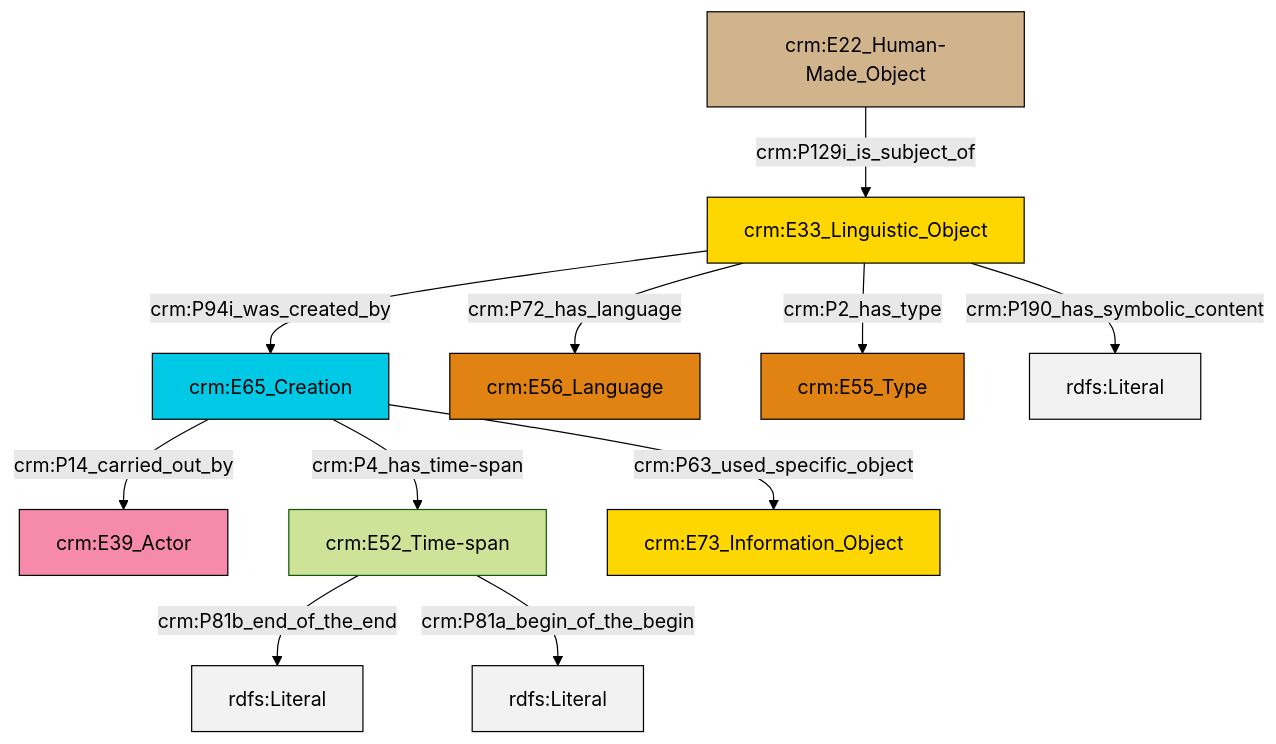
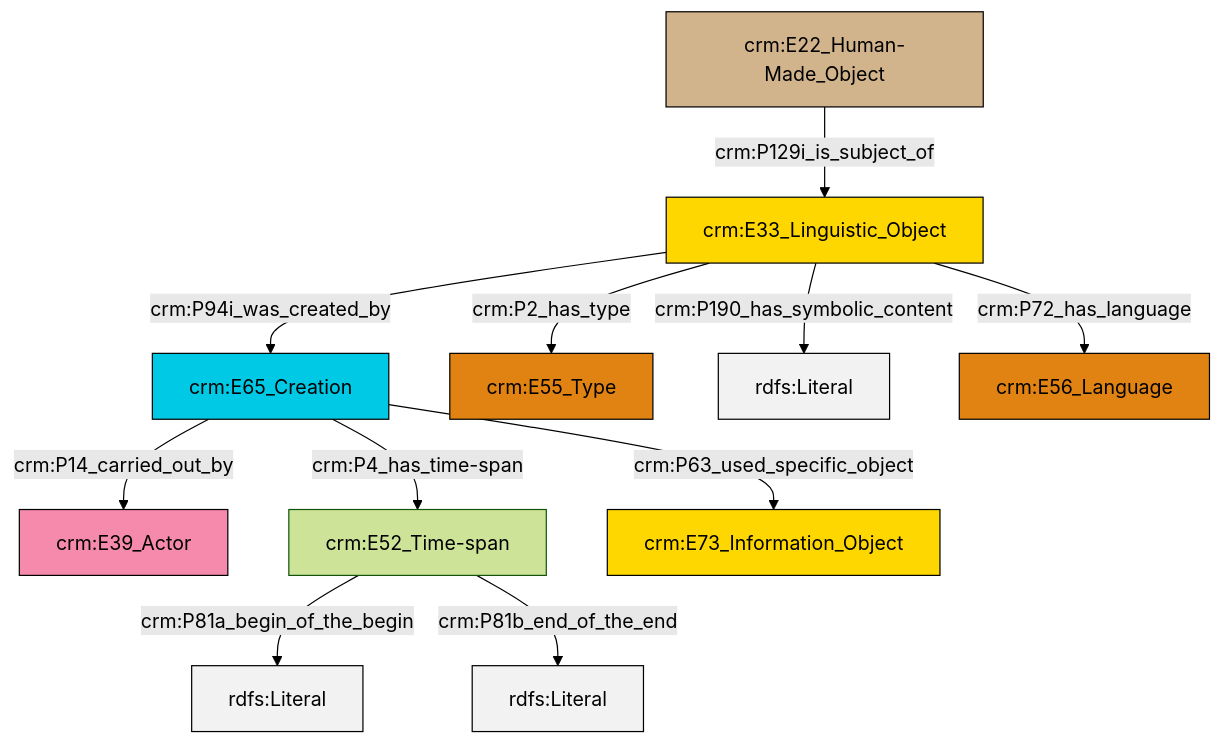
One commit to swiss-art-research-net/docs.swissartresearch changed the diagram in et/carrierCSV/ttl/mmd/carrier_description.ttl.mmd. Above: the diagram before and after it, drawn with Mermaid (forest theme). The commit also changed 172 other files, not shown here.

```diff
--- a/et/carrierCSV/ttl/mmd/carrier_description.ttl.mmd
+++ b/et/carrierCSV/ttl/mmd/carrier_description.ttl.mmd
@@ -1,25 +1,25 @@
 graph TD
 classDef Literal fill:#f2f2f2,stroke:#000000;
 classDef CRM_Entity fill:#FFFFFF,stroke:#000000;
 classDef Temporal_Entity fill:#00C9E6, stroke:#000000;
 classDef Type fill:#E18312, stroke:#000000;
 classDef Time-Span fill:#2C9C91, stroke:#000000;
 classDef Appellation fill:#FFEB7F, stroke:#000000;
 classDef Place fill:#008836, stroke:#000000;
 classDef Persistent_Item fill:#B266B2, stroke:#000000;
 classDef Conceptual_Object fill:#FFD700, stroke:#000000;
 classDef Physical_Thing fill:#D2B48C, stroke:#000000;
 classDef Actor fill:#f58aad, stroke:#000000;
 classDef PC_Classes fill:#4ce600, stroke:#000000;
 classDef Multi fill:#cccccc,stroke:#000000;
 
 0["crm:E65_Creation"]:::Temporal_Entity -->|crm:P14_carried_out_by| 1["crm:E39_Actor"]:::Actor
+2["crm:E52_Time-span"]:::Default -->|crm:P81a_begin_of_the_begin| 3[rdfs:Literal]:::Literal
+5["crm:E33_Linguistic_Object"]:::Conceptual_Object -->|crm:P2_has_type| 6["crm:E55_Type"]:::Type
+2["crm:E52_Time-span"]:::Default -->|crm:P81b_end_of_the_end| 7[rdfs:Literal]:::Literal
+5["crm:E33_Linguistic_Object"]:::Conceptual_Object -->|crm:P94i_was_created_by| 0["crm:E65_Creation"]:::Temporal_Entity
+5["crm:E33_Linguistic_Object"]:::Conceptual_Object -->|crm:P190_has_symbolic_content| 15[rdfs:Literal]:::Literal
+5["crm:E33_Linguistic_Object"]:::Conceptual_Object -->|crm:P72_has_language| 17["crm:E56_Language"]:::Type
+8["crm:E22_Human-Made_Object"]:::Physical_Thing -->|crm:P129i_is_subject_of| 5["crm:E33_Linguistic_Object"]:::Conceptual_Object
 0["crm:E65_Creation"]:::Temporal_Entity -->|crm:P4_has_time-span| 2["crm:E52_Time-span"]:::Default
-3["crm:E33_Linguistic_Object"]:::Conceptual_Object -->|crm:P94i_was_created_by| 0["crm:E65_Creation"]:::Temporal_Entity
-3["crm:E33_Linguistic_Object"]:::Conceptual_Object -->|crm:P72_has_language| 5["crm:E56_Language"]:::Type
-6["crm:E22_Human-Made_Object"]:::Physical_Thing -->|crm:P129i_is_subject_of| 3["crm:E33_Linguistic_Object"]:::Conceptual_Object
-2["crm:E52_Time-span"]:::Default -->|crm:P81b_end_of_the_end| 7[rdfs:Literal]:::Literal
-0["crm:E65_Creation"]:::Temporal_Entity -->|crm:P63_used_specific_object| 10["crm:E73_Information_Object"]:::Conceptual_Object
-3["crm:E33_Linguistic_Object"]:::Conceptual_Object -->|crm:P2_has_type| 13["crm:E55_Type"]:::Type
-3["crm:E33_Linguistic_Object"]:::Conceptual_Object -->|crm:P190_has_symbolic_content| 16[rdfs:Literal]:::Literal
-2["crm:E52_Time-span"]:::Default -->|crm:P81a_begin_of_the_begin| 17[rdfs:Literal]:::Literal
+0["crm:E65_Creation"]:::Temporal_Entity -->|crm:P63_used_specific_object| 13["crm:E73_Information_Object"]:::Conceptual_Object
```
